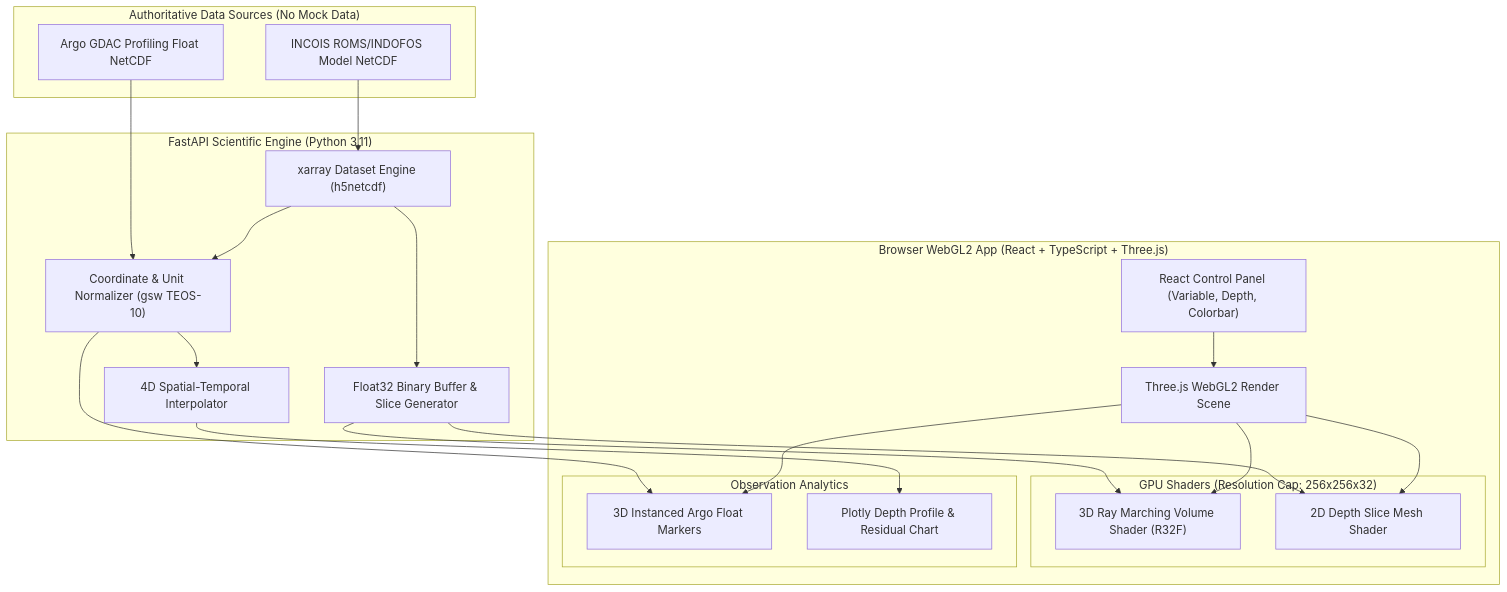
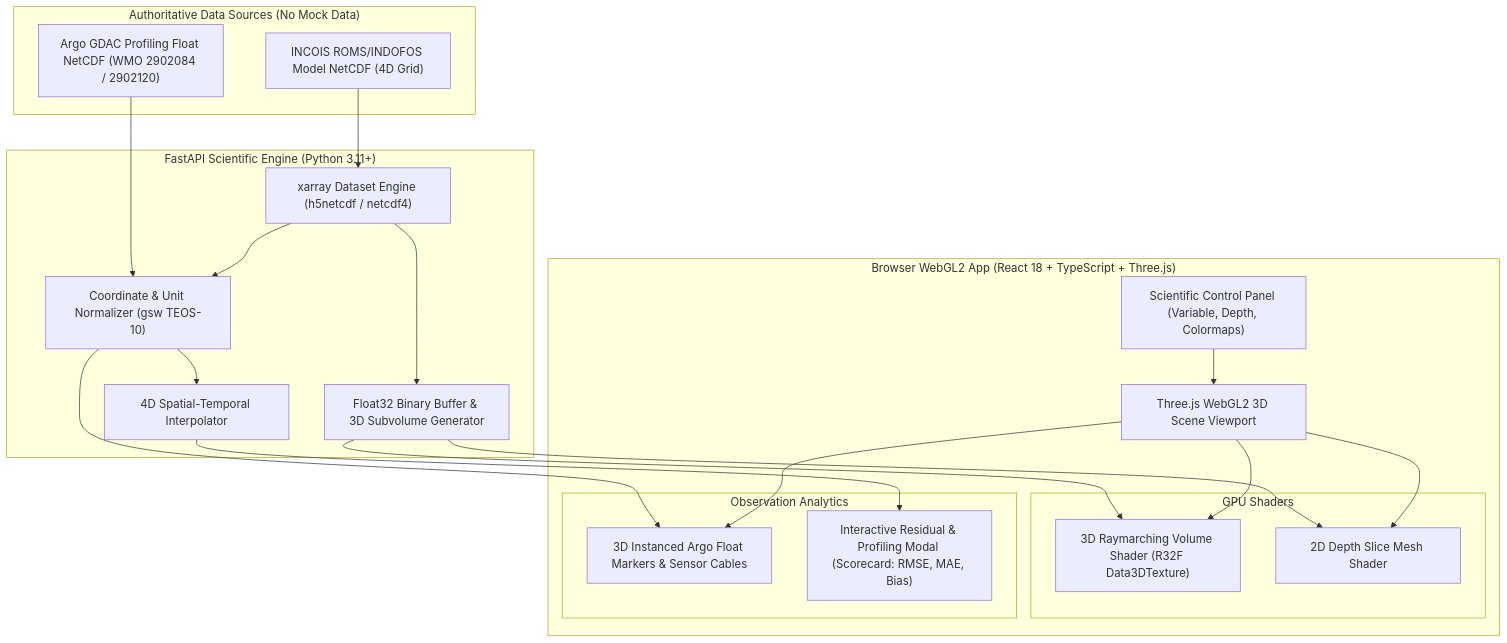
Before and after one commit to Akshit-Agrawal-769/SIH2026: the diagram in README.md, drawn with Mermaid. The commit also changed other lines of this file and 8 other files, not shown here.

````diff
--- a/README.md
+++ b/README.md
@@ -62,44 +48,44 @@
 ```mermaid
 graph TD
     subgraph Data Sources ["Authoritative Data Sources (No Mock Data)"]
-        DS1["INCOIS ROMS/INDOFOS Model NetCDF"]
-        DS2["Argo GDAC Profiling Float NetCDF"]
+        DS1["INCOIS ROMS/INDOFOS Model NetCDF (4D Grid)"]
+        DS2["Argo GDAC Profiling Float NetCDF (WMO 2902084 / 2902120)"]
     end
 
-    subgraph Scientific Backend ["FastAPI Scientific Engine (Python 3.11)"]
-        XR["xarray Dataset Engine (h5netcdf)"]
+    subgraph Scientific Backend ["FastAPI Scientific Engine (Python 3.11+)"]
+        XR["xarray Dataset Engine (h5netcdf / netcdf4)"]
         NORM["Coordinate & Unit Normalizer (gsw TEOS-10)"]
         INTERP["4D Spatial-Temporal Interpolator"]
-        BIN_GEN["Float32 Binary Buffer & Slice Generator"]
+        BIN_GEN["Float32 Binary Buffer & 3D Subvolume Generator"]
     end
 
-    subgraph Frontend Application ["Browser WebGL2 App (React + TypeScript + Three.js)"]
-        UI["React Control Panel (Variable, Depth, Colorbar)"]
-        RENDER["Three.js WebGL2 Render Scene"]
+    subgraph Frontend Application ["Browser WebGL2 App (React 18 + TypeScript + Three.js)"]
+        UI["Scientific Control Panel (Variable, Depth, Colormaps)"]
+        RENDER["Three.js WebGL2 3D Scene Viewport"]
         
-        subgraph GPU Shaders ["GPU Shaders (Resolution Cap: 256x256x32)"]
-            RAYMARCH["3D Ray Marching Volume Shader (R32F)"]
+        subgraph GPU Shaders ["GPU Shaders"]
+            RAYMARCH["3D Raymarching Volume Shader (R32F Data3DTexture)"]
             SLICE["2D Depth Slice Mesh Shader"]
         end
 
         subgraph InSitu ["Observation Analytics"]
-            MARKER["3D Instanced Argo Float Markers"]
-            PLOT["Plotly Depth Profile & Residual Chart"]
+            MARKER["3D Instanced Argo Float Markers & Sensor Cables"]
+            PLOT["Interactive Residual & Profiling Modal (Scorecard: RMSE, MAE, Bias)"]
         end
     end
 
     DS1 --> XR
     DS2 --> NORM
     XR --> NORM --> INTERP
     XR --> BIN_GEN
 
     BIN_GEN --> RAYMARCH
     BIN_GEN --> SLICE
     NORM --> MARKER
     INTERP --> PLOT
 
     UI --> RENDER
     RENDER --> RAYMARCH
     RENDER --> SLICE
     RENDER --> MARKER
 ```
````
